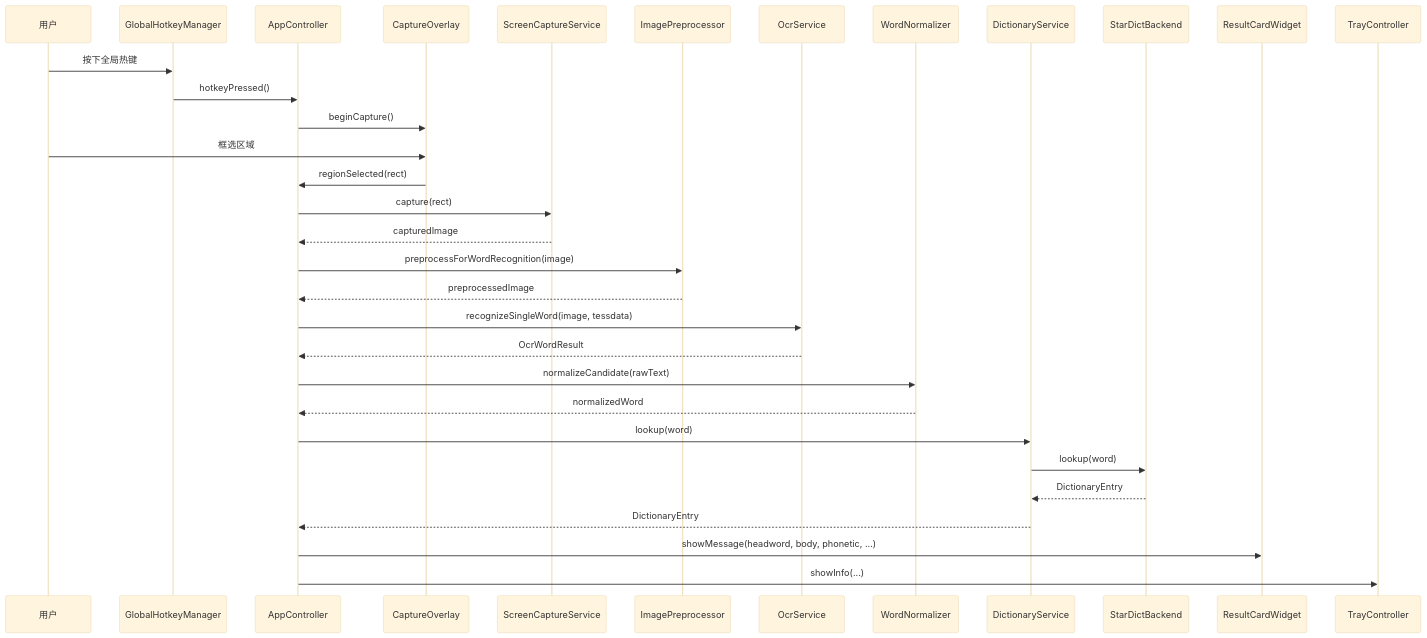
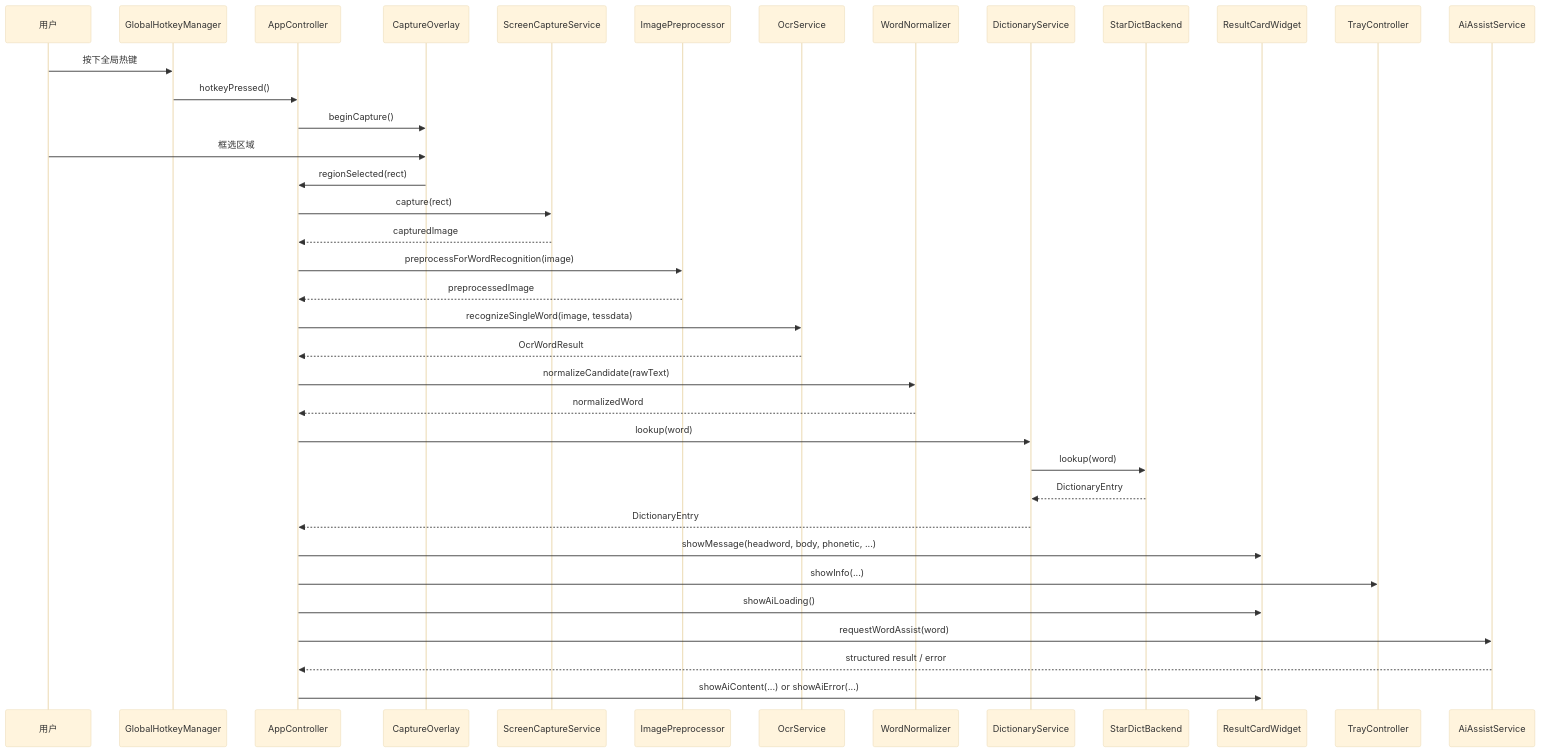
Before and after one commit to kakuyo1/wordSnap: the third of 4 diagrams in docs/ARCHITECTURE.md, drawn with Mermaid (base theme). The commit also changed other lines of this file and 15 other files, not shown here.

````diff
--- a/docs/ARCHITECTURE.md
+++ b/docs/ARCHITECTURE.md
@@ -104,39 +110,44 @@
 ```mermaid
 sequenceDiagram
     participant User as 用户
     participant GHM as GlobalHotkeyManager
     participant AC as AppController
     participant CO as CaptureOverlay
     participant SC as ScreenCaptureService
     participant IP as ImagePreprocessor
     participant OCR as OcrService
     participant WN as WordNormalizer
     participant DS as DictionaryService
     participant SB as StarDictBackend
     participant RC as ResultCardWidget
     participant TC as TrayController
+    participant AI as AiAssistService
 
     User->>GHM: 按下全局热键
     GHM->>AC: hotkeyPressed()
     AC->>CO: beginCapture()
     User->>CO: 框选区域
     CO->>AC: regionSelected(rect)
 
     AC->>SC: capture(rect)
     SC-->>AC: capturedImage
     AC->>IP: preprocessForWordRecognition(image)
     IP-->>AC: preprocessedImage
 
     AC->>OCR: recognizeSingleWord(image, tessdata)
     OCR-->>AC: OcrWordResult
     AC->>WN: normalizeCandidate(rawText)
     WN-->>AC: normalizedWord
 
     AC->>DS: lookup(word)
     DS->>SB: lookup(word)
     SB-->>DS: DictionaryEntry
     DS-->>AC: DictionaryEntry
 
     AC->>RC: showMessage(headword, body, phonetic, ...)
     AC->>TC: showInfo(...)
+    AC->>RC: showAiLoading()
+    AC->>AI: requestWordAssist(word)
+    AI-->>AC: structured result / error
+    AC->>RC: showAiContent(...) or showAiError(...)
 ```
````
